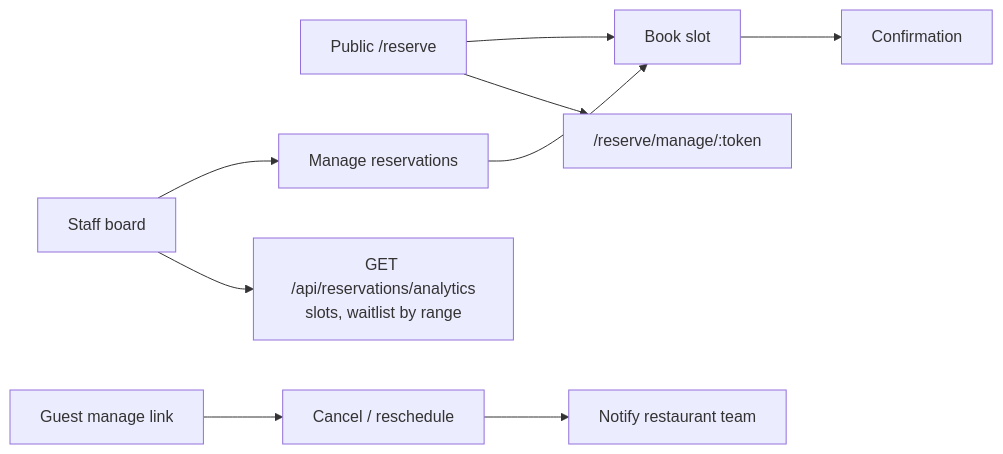
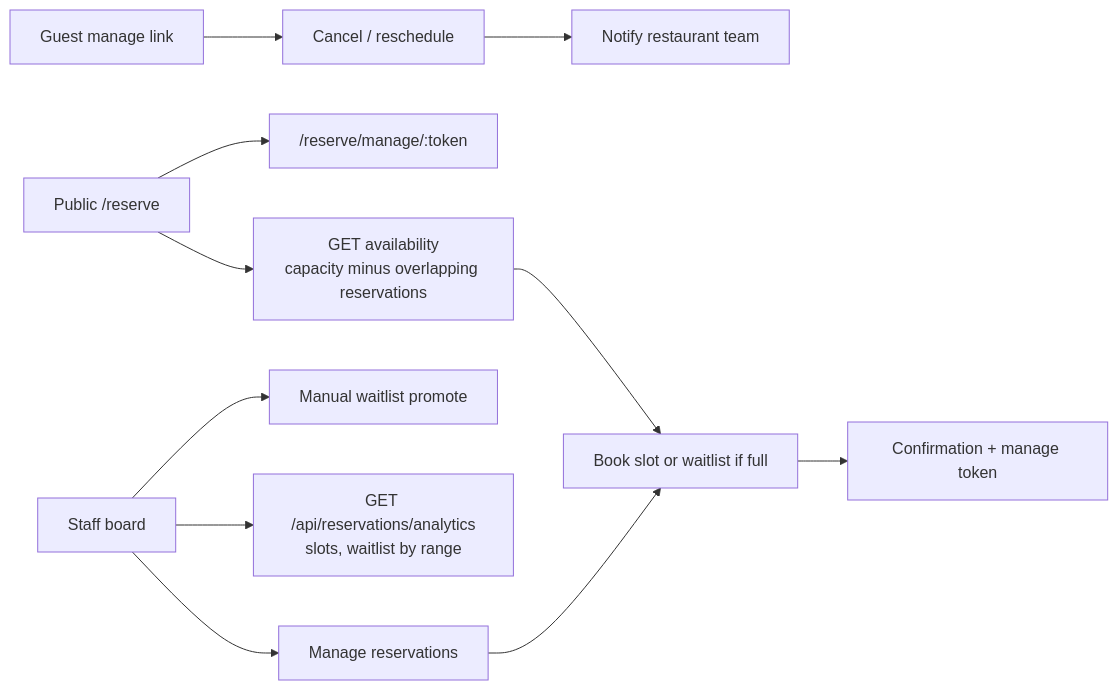
The diagram in docs/blueprint/workflows/reservation_flow.mmd (ghadimdallaldev/supplify_erp), drawn with Mermaid before and after one commit. The commit also changed 68 other files, not shown here.

First line of the commit message:
feat(admin): searchable limits tab, deal boosts, and diagram catalog

```diff
--- a/docs/blueprint/workflows/reservation_flow.mmd
+++ b/docs/blueprint/workflows/reservation_flow.mmd
@@ -1,9 +1,12 @@
+%% Public reservations — see docs/diagrams/reservations/ for availability + waitlist detail
 flowchart LR
-  Public[Public /reserve] --> Book[Book slot]
-  Book --> Confirm[Confirmation]
+  Public[Public /reserve] --> Slots[GET availability\ncapacity minus overlapping reservations]
+  Slots --> Book[Book slot or waitlist if full]
+  Book --> Confirm[Confirmation + manage token]
   Staff[Staff board] --> Manage[Manage reservations]
   Guest[Guest manage link] --> CancelReschedule[Cancel / reschedule]
   CancelReschedule --> NotifyStaff[Notify restaurant team]
   Manage --> Book
   Public --> ManageLink["/reserve/manage/:token"]
   Staff --> Analytics[GET /api/reservations/analytics\nslots, waitlist by range]
+  Staff --> Promote[Manual waitlist promote]
```
